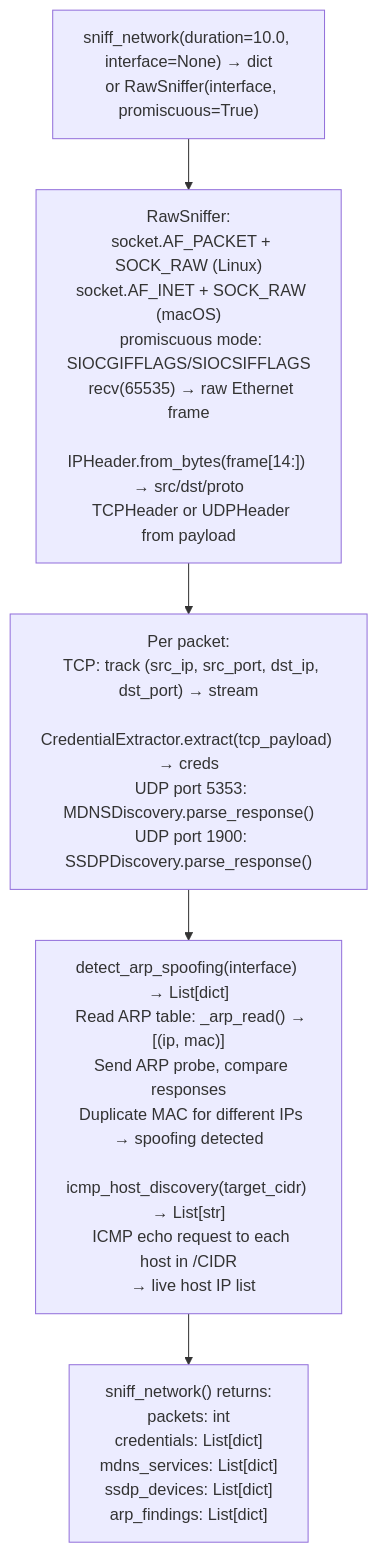
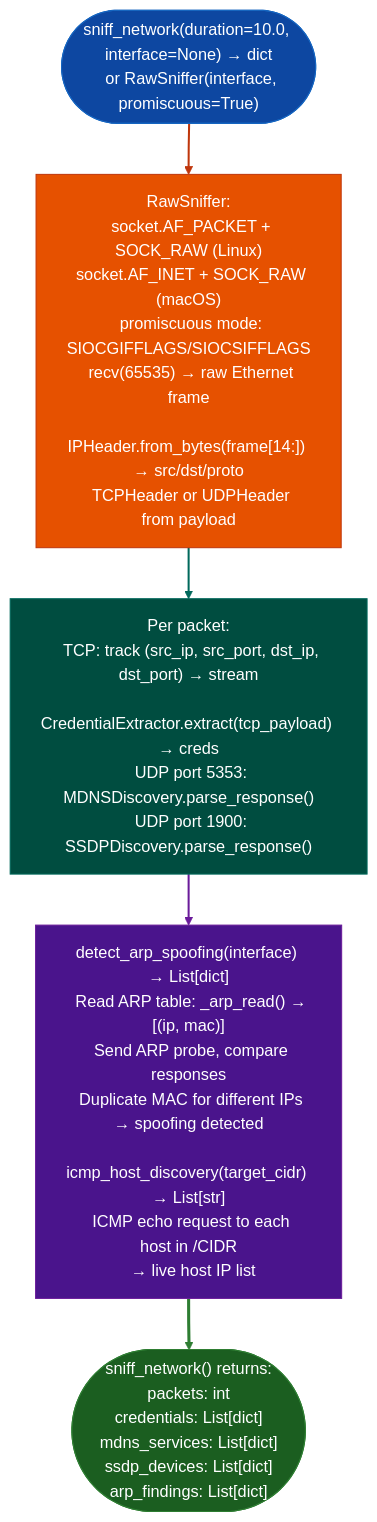
The diagram in docs/reference-modules/raw-packet-capture.md (Ablation-Tool/ablation), drawn with Mermaid before and after one commit. The commit also changed 320 other files, not shown here.

First line of the commit message:
docs: apply canonical Mermaid template to all 321 diagrams

````diff
--- a/docs/reference-modules/raw-packet-capture.md
+++ b/docs/reference-modules/raw-packet-capture.md
@@ -19,7 +19,17 @@
 ```mermaid
 flowchart TD
-    A["sniff_network(duration=10.0, interface=None) → dict\n  or RawSniffer(interface, promiscuous=True)"] --> B["RawSniffer:\n  socket.AF_PACKET + SOCK_RAW (Linux)\n  socket.AF_INET + SOCK_RAW (macOS)\n  promiscuous mode: SIOCGIFFLAGS/SIOCSIFFLAGS\n  recv(65535) → raw Ethernet frame\n  IPHeader.from_bytes(frame[14:]) → src/dst/proto\n  TCPHeader or UDPHeader from payload"]
-    B --> C["Per packet:\n  TCP: track (src_ip, src_port, dst_ip, dst_port) → stream\n    CredentialExtractor.extract(tcp_payload) → creds\n  UDP port 5353: MDNSDiscovery.parse_response()\n  UDP port 1900: SSDPDiscovery.parse_response()"]
-    C --> D["detect_arp_spoofing(interface) → List[dict]\n  Read ARP table: _arp_read() → [(ip, mac)]\n  Send ARP probe, compare responses\n  Duplicate MAC for different IPs → spoofing detected\n\nicmp_host_discovery(target_cidr) → List[str]\n  ICMP echo request to each host in /CIDR\n  → live host IP list"]
-    D --> E["sniff_network() returns:\n  packets: int\n  credentials: List[dict]\n  mdns_services: List[dict]\n  ssdp_devices: List[dict]\n  arp_findings: List[dict]"]
+    A(["sniff_network(duration=10.0, interface=None) → dict\n  or RawSniffer(interface, promiscuous=True)"]):::input --> B["RawSniffer:\n  socket.AF_PACKET + SOCK_RAW (Linux)\n  socket.AF_INET + SOCK_RAW (macOS)\n  promiscuous mode: SIOCGIFFLAGS/SIOCSIFFLAGS\n  recv(65535) → raw Ethernet frame\n  IPHeader.from_bytes(frame[14:]) → src/dst/proto\n  TCPHeader or UDPHeader from payload"]:::primary
+    B:::primary --> C["Per packet:\n  TCP: track (src_ip, src_port, dst_ip, dst_port) → stream\n    CredentialExtractor.extract(tcp_payload) → creds\n  UDP port 5353: MDNSDiscovery.parse_response()\n  UDP port 1900: SSDPDiscovery.parse_response()"]:::secondary
+    C:::secondary --> D["detect_arp_spoofing(interface) → List[dict]\n  Read ARP table: _arp_read() → [(ip, mac)]\n  Send ARP probe, compare responses\n  Duplicate MAC for different IPs → spoofing detected\n\nicmp_host_discovery(target_cidr) → List[str]\n  ICMP echo request to each host in /CIDR\n  → live host IP list"]:::tertiary
+    D:::tertiary --> E(["sniff_network() returns:\n  packets: int\n  credentials: List[dict]\n  mdns_services: List[dict]\n  ssdp_devices: List[dict]\n  arp_findings: List[dict]"]):::output
+    classDef input     fill:#0d47a1,stroke:#1565c0,color:#fff
+    classDef primary   fill:#e65100,stroke:#bf360c,color:#fff
+    classDef secondary fill:#004d40,stroke:#00695c,color:#fff
+    classDef tertiary  fill:#4a148c,stroke:#6a1b9a,color:#fff
+    classDef neutral   fill:#37474f,stroke:#546e7a,color:#fff
+    classDef output    fill:#1b5e20,stroke:#2e7d32,color:#fff
+    linkStyle 0 stroke:#bf360c,stroke-width:2px
+    linkStyle 1 stroke:#00695c,stroke-width:2px
+    linkStyle 2 stroke:#6a1b9a,stroke-width:2px
+    linkStyle 3 stroke:#2e7d32,stroke-width:3px
 ```
````
